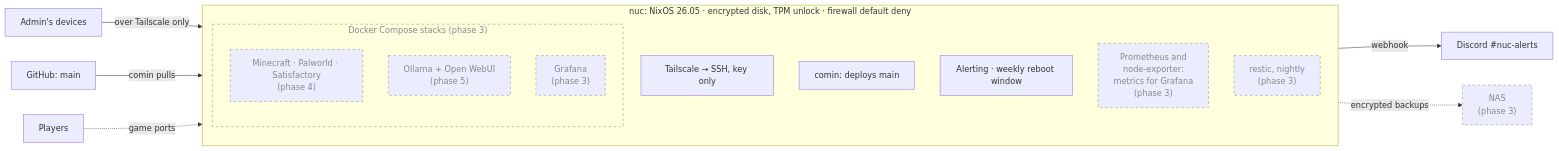
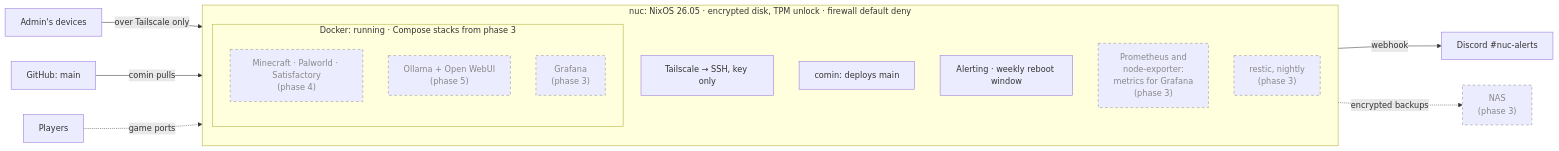
One commit to alexCranfield/nixos-homeserver changed the second of 2 diagrams in README.md. Above: the diagram before and after it, drawn with Mermaid. The commit also changed other lines of this file, not shown here.

Commit message:
Show phase 3 started and Docker running in the README (#129)

````diff
--- a/README.md
+++ b/README.md
@@ -99,29 +100,28 @@
 ```mermaid
 flowchart LR
     admin["Admin's devices"]
     gh["GitHub: main"]
     players["Players"]
     subgraph nuc["nuc: NixOS 26.05 · encrypted disk, TPM unlock · firewall default deny"]
         direction TB
         ts["Tailscale → SSH, key only"]
         comin["comin: deploys main"]
         notify["Alerting · weekly reboot window"]
-        subgraph docker["Docker Compose stacks (phase 3)"]
+        subgraph docker["Docker: running · Compose stacks from phase 3"]
             games["Minecraft · Palworld · Satisfactory<br/>(phase 4)"]
             llm["Ollama + Open WebUI<br/>(phase 5)"]
             grafana["Grafana<br/>(phase 3)"]
         end
         prom["Prometheus and<br/>node-exporter:<br/>metrics for Grafana<br/>(phase 3)"]
         restic["restic, nightly<br/>(phase 3)"]
     end
     discord["Discord #nuc-alerts"]
     nas["NAS<br/>(phase 3)"]
     admin -->|"over Tailscale only"| ts
     gh -->|"comin pulls"| comin
     players -.->|"game ports"| games
     notify -->|webhook| discord
     restic -.->|"encrypted backups"| nas
     classDef planned stroke-dasharray: 5 5,color:#888,stroke:#888
     class games,llm,grafana,prom,restic,nas planned
-    style docker stroke-dasharray: 5 5,stroke:#888,color:#888
 ```
````
